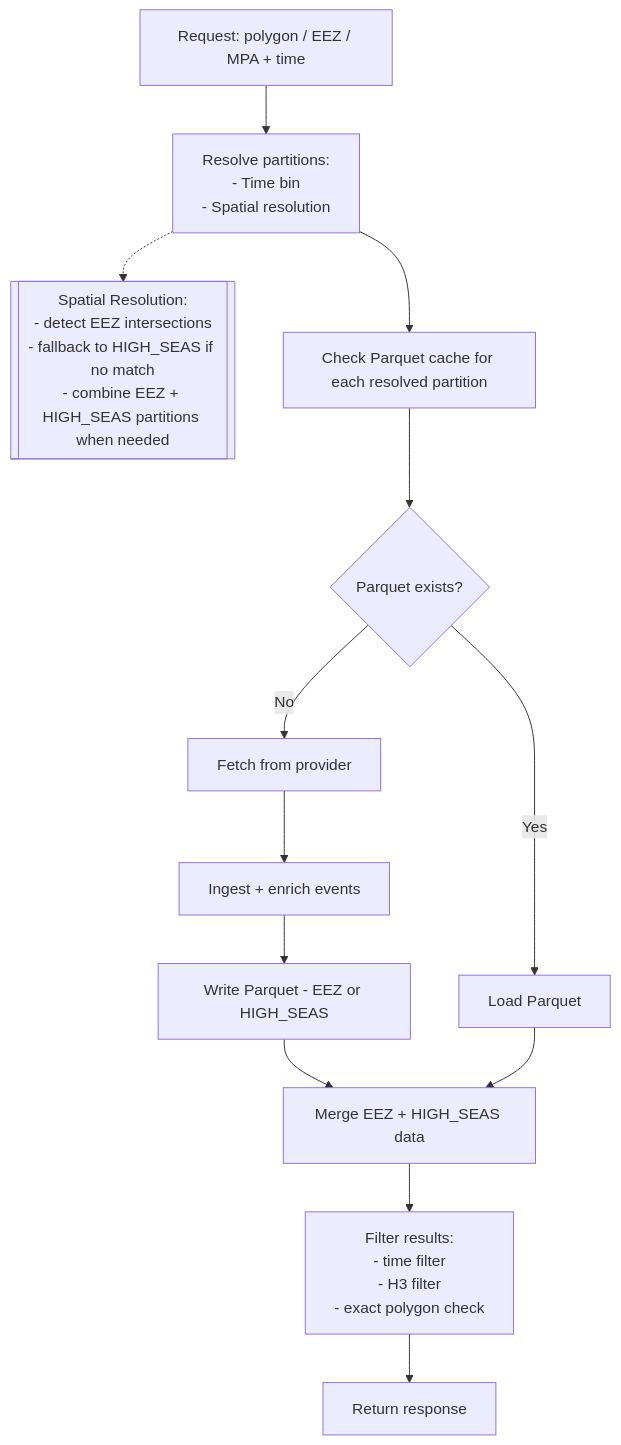
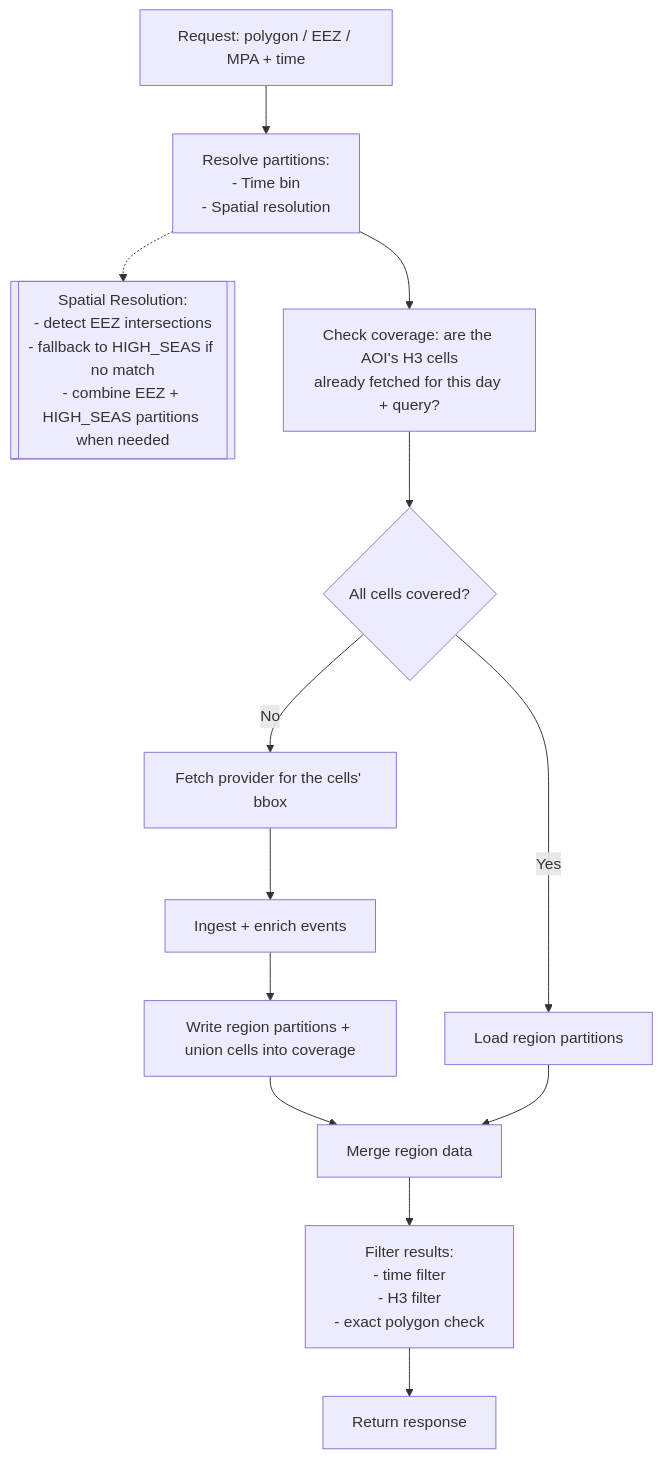
Before and after one commit to Alireza-epr/pharos: the diagram in docs/tech/serving-strategy.md, drawn with Mermaid. The commit also changed other lines of this file and 16 other files, not shown here.

Commit message:
docs: complete serving strategy docs: edit API architecture document feat: implement serving strategy based on API architecture test: define serving strategy tests

````diff
--- a/docs/tech/serving-strategy.md
+++ b/docs/tech/serving-strategy.md
@@ -143,23 +245,23 @@
 ```mermaid
 flowchart TD
     A[Request: polygon / EEZ / MPA + time] --> B[Resolve partitions:<br/>- Time bin<br/>- Spatial resolution]
 
     B -.-> B1[[Spatial Resolution:<br/>- detect EEZ intersections<br/>- fallback to HIGH_SEAS if no match<br/>- combine EEZ + HIGH_SEAS partitions when needed]]
 
-    B --> C[Check Parquet cache for each resolved partition]
+    B --> C[Check coverage: are the AOI's H3 cells<br/>already fetched for this day + query?]
 
-    C --> D{Parquet exists?}
+    C --> D{All cells covered?}
 
-    D -->|Yes| E[Load Parquet]
-    D -->|No| F[Fetch from provider]
+    D -->|Yes| E[Load region partitions]
+    D -->|No| F[Fetch provider for the cells' bbox]
 
     F --> G[Ingest + enrich events]
-    G --> H[Write Parquet - EEZ or HIGH_SEAS]
+    G --> H[Write region partitions + union cells into coverage]
     H --> I
 
-    E --> I[Merge EEZ + HIGH_SEAS data]
+    E --> I[Merge region data]
 
     I --> J[Filter results:<br/>- time filter<br/>- H3 filter<br/>- exact polygon check]
 
     J --> K[Return response]
 ```
````
